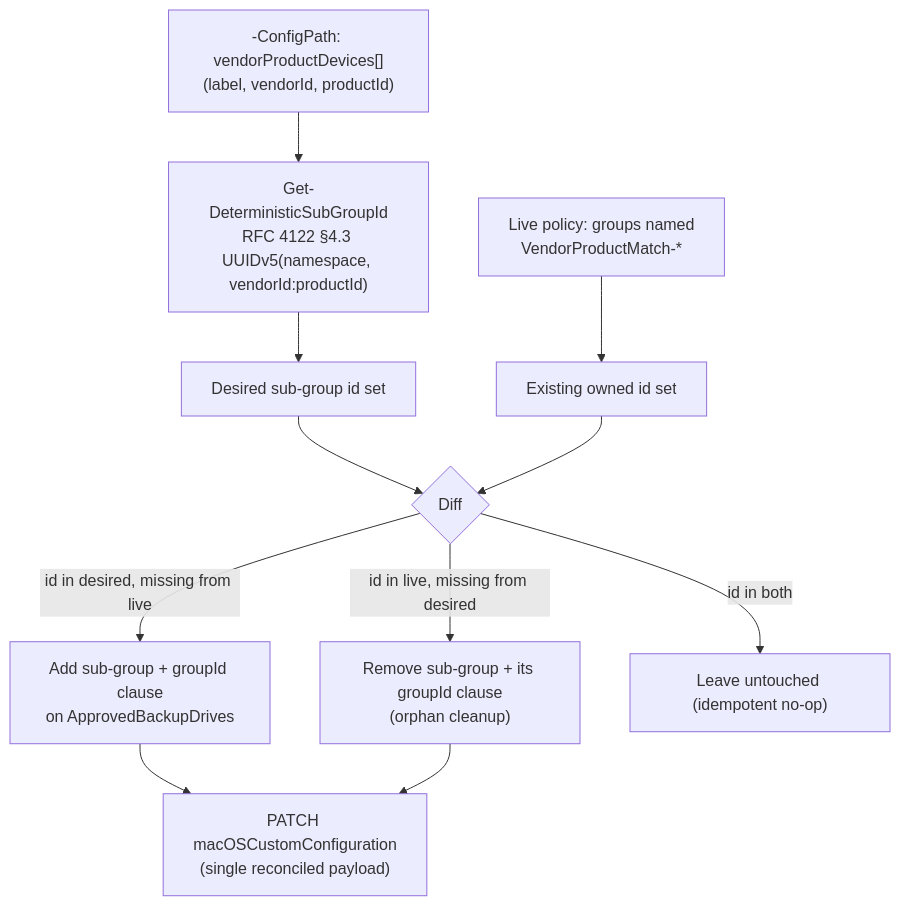
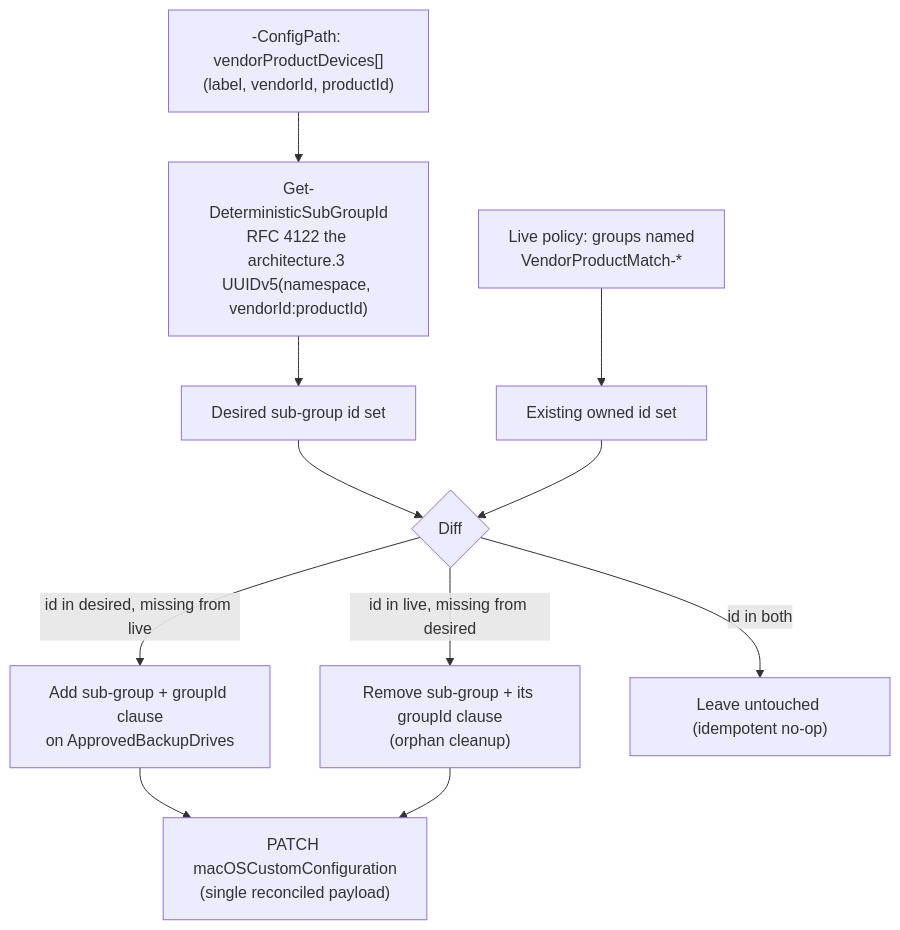
Before and after one commit to kpsec1/kpsec1.github.io: the diagram in src/content/scenarios/dlp/defender-device-control-usb-allowlist-macos-vendor-product-matching.design.md, drawn with Mermaid. The commit also changed 269 other files, not shown here.

````diff
--- a/src/content/scenarios/dlp/defender-device-control-usb-allowlist-macos-vendor-product-matching.design.md
+++ b/src/content/scenarios/dlp/defender-device-control-usb-allowlist-macos-vendor-product-matching.design.md
@@ -98,13 +98,13 @@
 ```mermaid
 flowchart TD
-    A["-ConfigPath: vendorProductDevices[]<br/>(label, vendorId, productId)"] --> B["Get-DeterministicSubGroupId<br/>RFC 4122 §4.3 UUIDv5(namespace, vendorId:productId)"]
+    A["-ConfigPath: vendorProductDevices[]<br/>(label, vendorId, productId)"] --> B["Get-DeterministicSubGroupId<br/>RFC 4122 the architecture.3 UUIDv5(namespace, vendorId:productId)"]
     B --> C["Desired sub-group id set"]
     D["Live policy: groups named<br/>VendorProductMatch-*"] --> E["Existing owned id set"]
     C --> F{Diff}
     E --> F
     F -- "id in desired, missing from live" --> G["Add sub-group + groupId clause<br/>on ApprovedBackupDrives"]
     F -- "id in live, missing from desired" --> H["Remove sub-group + its groupId clause<br/>(orphan cleanup)"]
     F -- "id in both" --> I["Leave untouched (idempotent no-op)"]
     G --> J["PATCH macOSCustomConfiguration<br/>(single reconciled payload)"]
     H --> J
 ```
````
